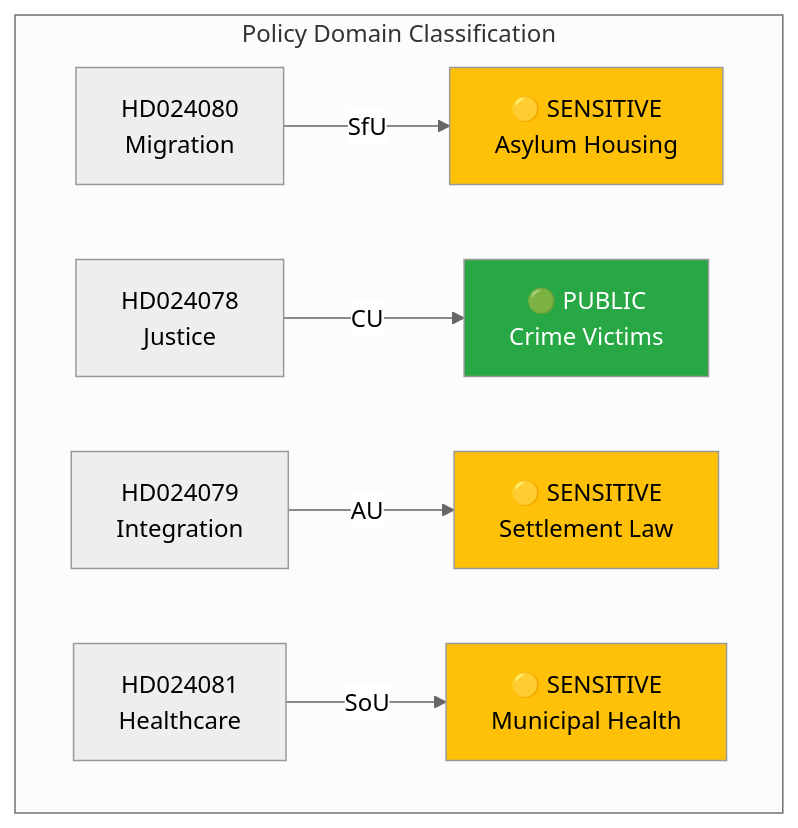
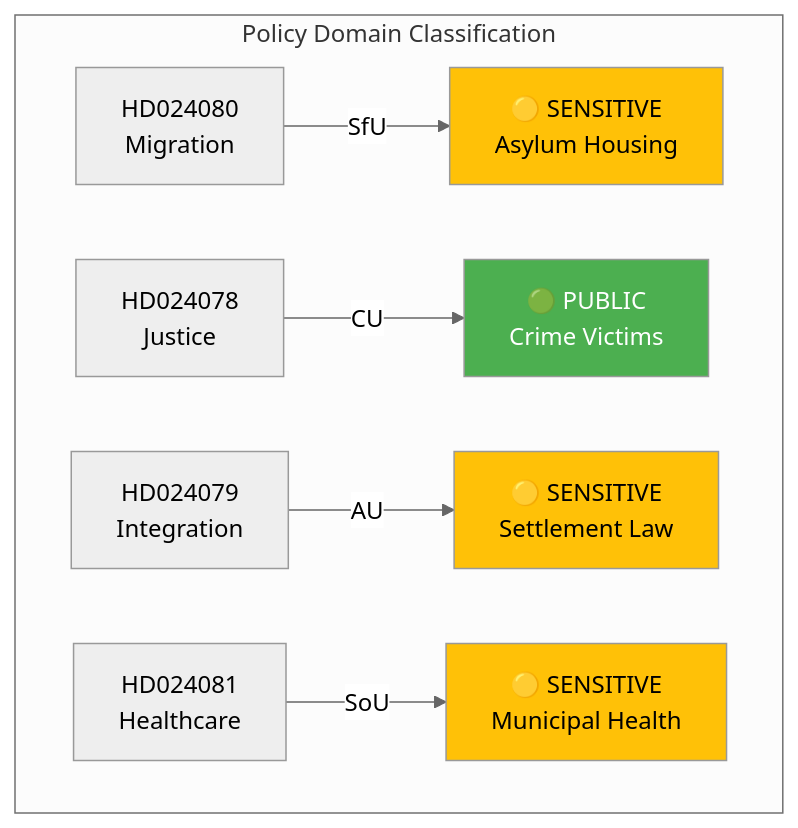
The diagram in analysis/daily/2026-04-15/realtime-0954/classification-results.md (Hack23/riksdagsmonitor), drawn with Mermaid (neutral theme) before and after one commit. The commit also changed 785 other files, not shown here.

First line of the commit message:
Normalize mermaid colors across 786 analysis artifacts to ISMS Style Guide palette

````diff
--- a/analysis/daily/2026-04-15/realtime-0954/classification-results.md
+++ b/analysis/daily/2026-04-15/realtime-0954/classification-results.md
@@ -16,14 +16,14 @@
 ```mermaid
 graph TD
     subgraph "Policy Domain Classification"
         M1["HD024080<br/>Migration"] -->|"SfU"| D1["🟡 SENSITIVE<br/>Asylum Housing"]
         M2["HD024078<br/>Justice"] -->|"CU"| D2["🟢 PUBLIC<br/>Crime Victims"]
         M3["HD024079<br/>Integration"] -->|"AU"| D3["🟡 SENSITIVE<br/>Settlement Law"]
         M4["HD024081<br/>Healthcare"] -->|"SoU"| D4["🟡 SENSITIVE<br/>Municipal Health"]
     end
 
-    style D1 fill:#ffc107,color:#000
-    style D2 fill:#28a745,color:#fff
-    style D3 fill:#ffc107,color:#000
-    style D4 fill:#ffc107,color:#000
+    style D1 fill:#FFC107,color:#000000
+    style D2 fill:#4CAF50,color:#FFFFFF
+    style D3 fill:#FFC107,color:#000000
+    style D4 fill:#FFC107,color:#000000
 ```
````
